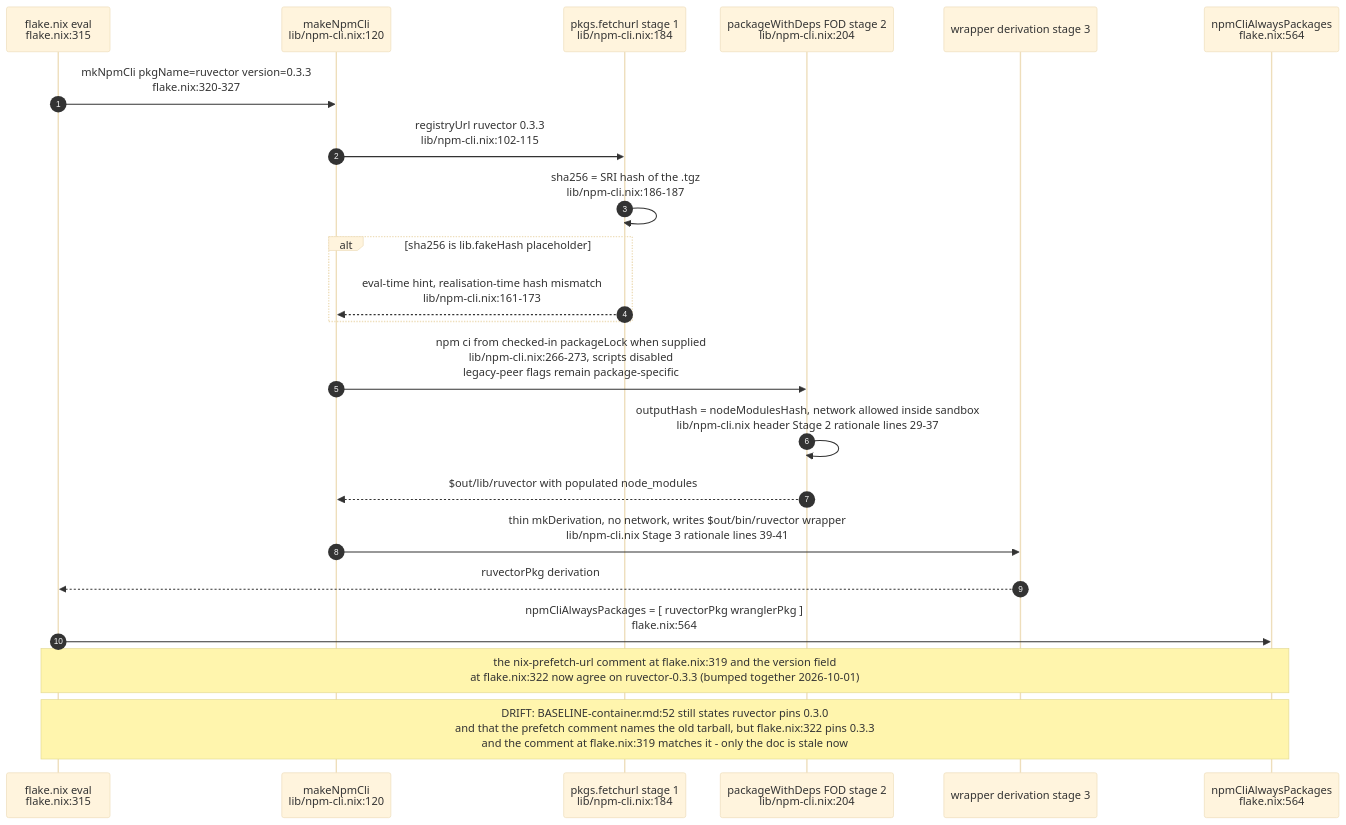
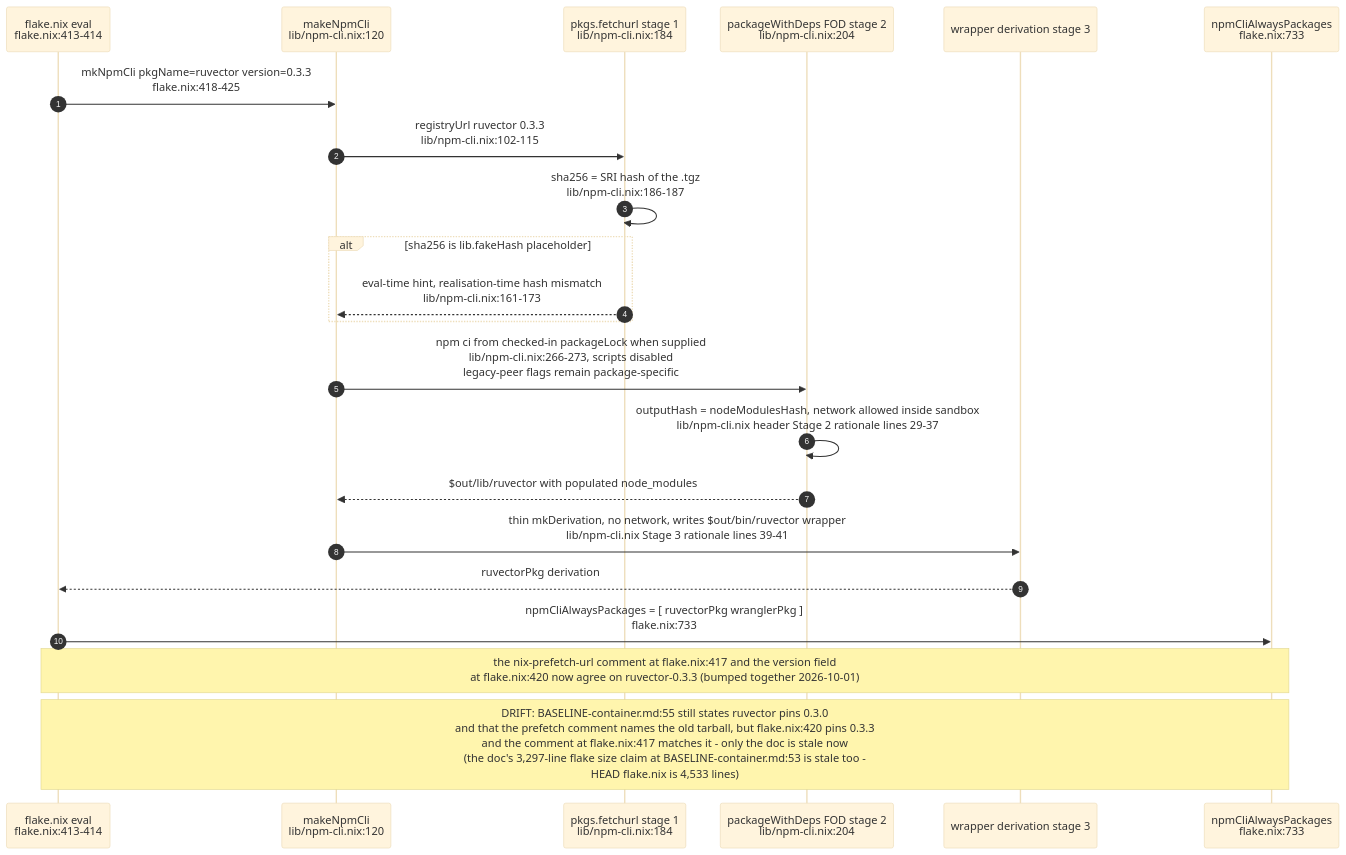
Before and after one commit to DreamLab-AI/VisionFlow: the fifth of 10 diagrams in docs/diagrams/agentbox/01-nix-flake-composition.md, drawn with Mermaid (base theme). The commit also changed other lines of this file and 111 other files, not shown here.

Commit message:
docs(diagrams): align estate maps with current source

````diff
--- a/docs/diagrams/agentbox/01-nix-flake-composition.md
+++ b/docs/diagrams/agentbox/01-nix-flake-composition.md
@@ -231,25 +226,25 @@
 ```mermaid
 sequenceDiagram
     autonumber
-    participant FLAKE as flake.nix eval<br/>flake.nix:315
+    participant FLAKE as flake.nix eval<br/>flake.nix:413-414
     participant MK as makeNpmCli<br/>lib/npm-cli.nix:120
     participant FETCH as pkgs.fetchurl stage 1<br/>lib/npm-cli.nix:184
     participant FOD as packageWithDeps FOD stage 2<br/>lib/npm-cli.nix:204
     participant WRAP as wrapper derivation stage 3
-    participant ALWAYS as npmCliAlwaysPackages<br/>flake.nix:564
+    participant ALWAYS as npmCliAlwaysPackages<br/>flake.nix:733
 
-    FLAKE->>MK: mkNpmCli pkgName=ruvector version=0.3.3<br/>flake.nix:320-327
+    FLAKE->>MK: mkNpmCli pkgName=ruvector version=0.3.3<br/>flake.nix:418-425
     MK->>FETCH: registryUrl ruvector 0.3.3<br/>lib/npm-cli.nix:102-115
     FETCH->>FETCH: sha256 = SRI hash of the .tgz<br/>lib/npm-cli.nix:186-187
     alt sha256 is lib.fakeHash placeholder
         FETCH-->>MK: eval-time hint, realisation-time hash mismatch<br/>lib/npm-cli.nix:161-173
     end
     MK->>FOD: npm ci from checked-in packageLock when supplied<br/>lib/npm-cli.nix:266-273, scripts disabled<br/>legacy-peer flags remain package-specific
     FOD->>FOD: outputHash = nodeModulesHash, network allowed inside sandbox<br/>lib/npm-cli.nix header Stage 2 rationale lines 29-37
     FOD-->>MK: $out/lib/ruvector with populated node_modules
     MK->>WRAP: thin mkDerivation, no network, writes $out/bin/ruvector wrapper<br/>lib/npm-cli.nix Stage 3 rationale lines 39-41
     WRAP-->>FLAKE: ruvectorPkg derivation
-    FLAKE->>ALWAYS: npmCliAlwaysPackages = [ ruvectorPkg wranglerPkg ]<br/>flake.nix:564
-    Note over FLAKE,ALWAYS: the nix-prefetch-url comment at flake.nix:319 and the version field<br/>at flake.nix:322 now agree on ruvector-0.3.3 (bumped together 2026-10-01)
-    Note over FLAKE,ALWAYS: DRIFT: BASELINE-container.md:52 still states ruvector pins 0.3.0<br/>and that the prefetch comment names the old tarball, but flake.nix:322 pins 0.3.3<br/>and the comment at flake.nix:319 matches it - only the doc is stale now
+    FLAKE->>ALWAYS: npmCliAlwaysPackages = [ ruvectorPkg wranglerPkg ]<br/>flake.nix:733
+    Note over FLAKE,ALWAYS: the nix-prefetch-url comment at flake.nix:417 and the version field<br/>at flake.nix:420 now agree on ruvector-0.3.3 (bumped together 2026-10-01)
+    Note over FLAKE,ALWAYS: DRIFT: BASELINE-container.md:55 still states ruvector pins 0.3.0<br/>and that the prefetch comment names the old tarball, but flake.nix:420 pins 0.3.3<br/>and the comment at flake.nix:417 matches it - only the doc is stale now<br/>(the doc's 3,297-line flake size claim at BASELINE-container.md:53 is stale too -<br/>HEAD flake.nix is 4,533 lines)
 ```
````
